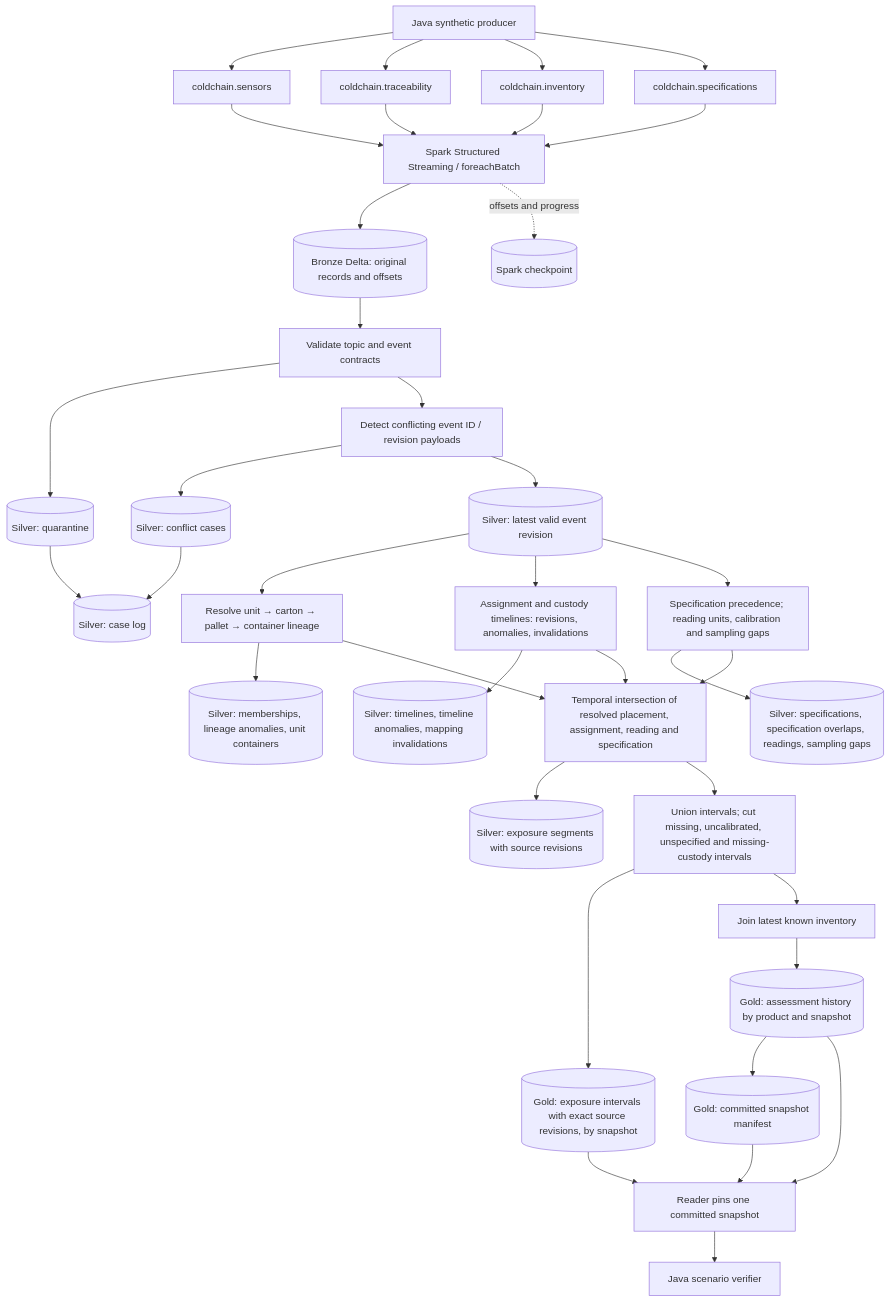
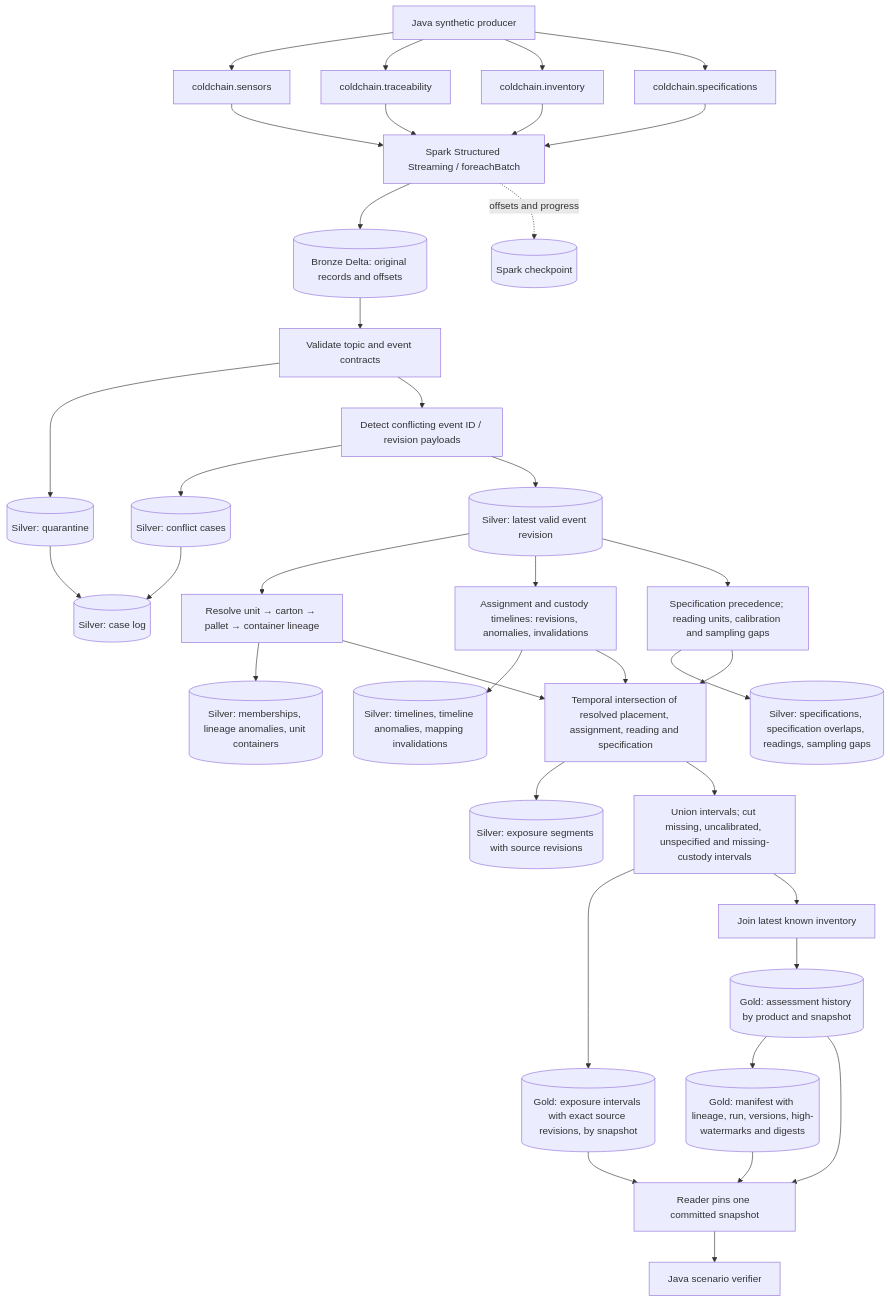
One commit to rmansoor/pharma-cold-chain changed the first of 2 diagrams in docs/architecture.md. Above: the diagram before and after it, drawn with Mermaid. The commit also changed other lines of this file and 11 other files, not shown here.

First line of the commit message:
SID-22: atomic Gold publication with a provenance manifest

````diff
--- a/docs/architecture.md
+++ b/docs/architecture.md
@@ -13,39 +13,39 @@
 ```mermaid
 flowchart TD
   SIM[Java synthetic producer] --> S[coldchain.sensors]
   SIM --> T[coldchain.traceability]
   SIM --> I[coldchain.inventory]
   SIM --> P[coldchain.specifications]
   S --> ING[Spark Structured Streaming / foreachBatch]
   T --> ING
   I --> ING
   P --> ING
   ING --> B[(Bronze Delta: original records and offsets)]
   B --> V[Validate topic and event contracts]
   V --> Q[(Silver: quarantine)]
   V --> C[Detect conflicting event ID / revision payloads]
   C --> CQ[(Silver: conflict cases)]
   Q --> L[(Silver: case log)]
   CQ --> L
   C --> E[(Silver: latest valid event revision)]
   E --> LIN[Resolve unit → carton → pallet → container lineage]
   LIN --> LA[(Silver: memberships, lineage anomalies, unit containers)]
   E --> TL[Assignment and custody timelines: revisions, anomalies, invalidations]
   TL --> TA[(Silver: timelines, timeline anomalies, mapping invalidations)]
   TL --> J
   E --> SP[Specification precedence; reading units, calibration and sampling gaps]
   SP --> SQ[(Silver: specifications, specification overlaps, readings, sampling gaps)]
   SP --> J
   LIN --> J[Temporal intersection of resolved placement, assignment, reading and specification]
   J --> SEG[(Silver: exposure segments with source revisions)]
   J --> U[Union intervals; cut missing, uncalibrated, unspecified and missing-custody intervals]
   U --> IV[(Gold: exposure intervals with exact source revisions, by snapshot)]
   U --> INV[Join latest known inventory]
   INV --> H[(Gold: assessment history by product and snapshot)]
-  H --> M[(Gold: committed snapshot manifest)]
+  H --> M[(Gold: manifest with lineage, run, versions, high-watermarks and digests)]
   M --> R[Reader pins one committed snapshot]
   H --> R
   IV --> R
   R --> VERIFY[Java scenario verifier]
   ING -. offsets and progress .-> CK[(Spark checkpoint)]
 ```
````
